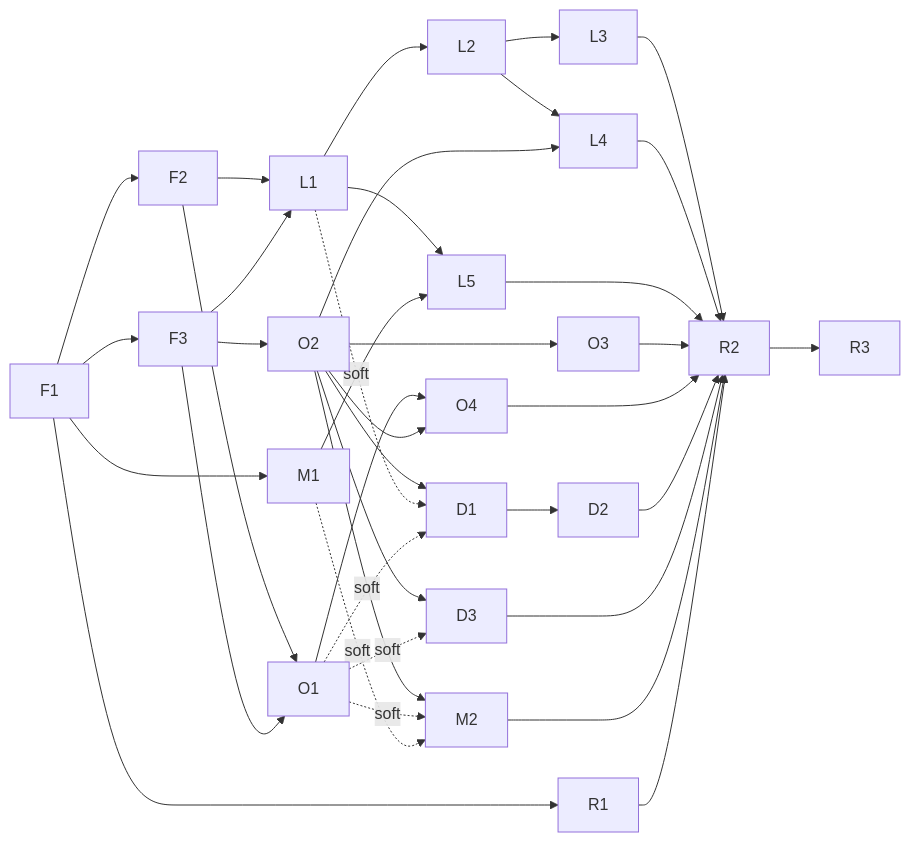
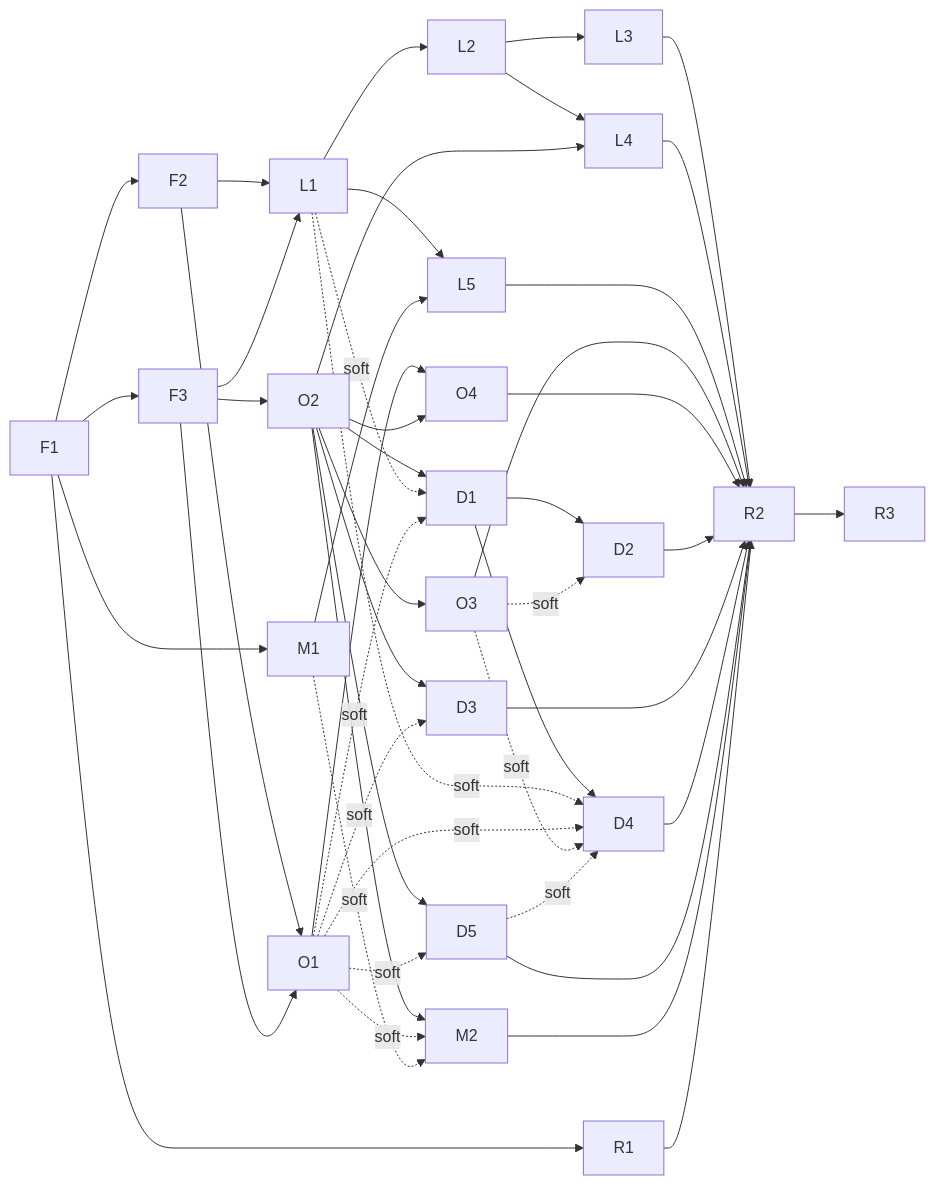
The diagram in ai-state/streams.md (wilsonwaters/SqueezeABCListen), drawn with Mermaid before and after one commit. The commit also changed other lines of this file and 10 other files, not shown here.

````diff
--- a/ai-state/streams.md
+++ b/ai-state/streams.md
@@ -75,17 +82,19 @@
 ```mermaid
 graph LR
   F1 --> F2 & F3 & R1 & M1
   F2 --> L1 & O1
   F3 --> L1 & O1 & O2
   L1 --> L2 & L5
   M1 --> L5
   L2 --> L3 & L4
-  O2 --> L4 & O3 & D1 & D3 & M2
+  O2 --> L4 & O3 & D1 & D3 & M2 & D5
   O1 & O2 --> O4
-  D1 --> D2
-  L1 -. soft .-> D1
-  O1 -. soft .-> D1 & D3 & M2
+  D1 --> D2 & D4
+  L1 -. soft .-> D1 & D4
+  O1 -. soft .-> D1 & D3 & M2 & D4 & D5
+  O3 -. soft .-> D2 & D4
+  D5 -. soft .-> D4
   M1 -. soft .-> M2
-  L3 & L4 & L5 & O3 & O4 & D2 & D3 & M2 & R1 --> R2
+  L3 & L4 & L5 & O3 & O4 & D2 & D3 & D4 & D5 & M2 & R1 --> R2
   R2 --> R3
 ```
````
